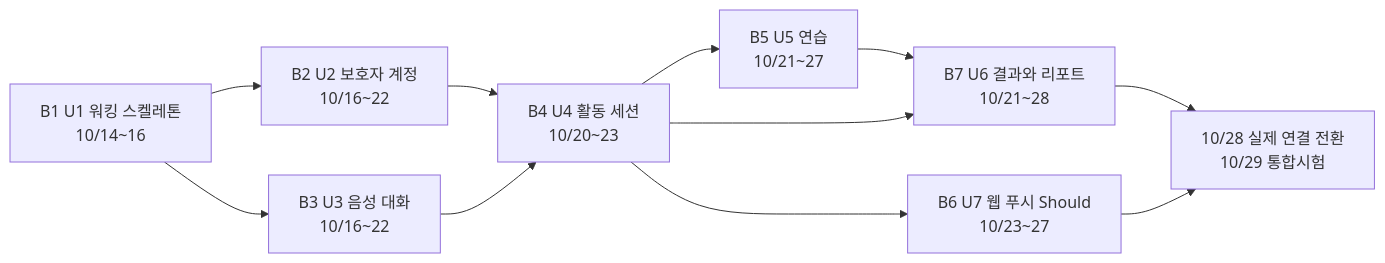
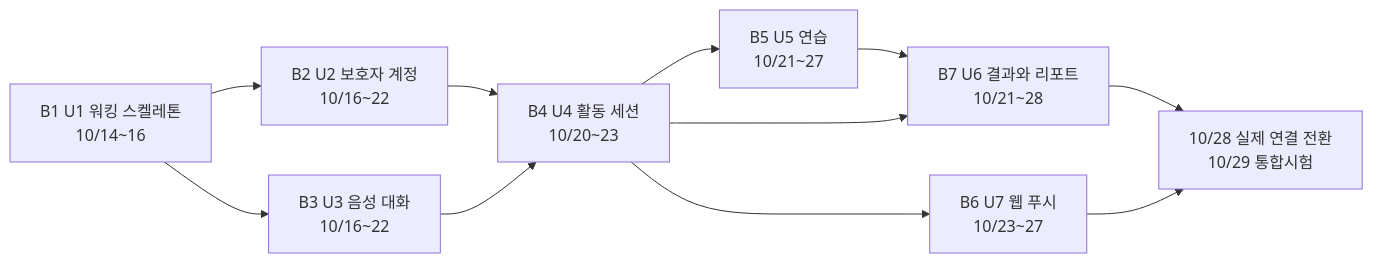
Before and after one commit to team-jomyung/mujungi: the diagram in aidlc/spaces/default/intents/261008-mujoong-service/inception/delivery-planning/bolt-plan.md, drawn with Mermaid. The commit also changed other lines of this file and 19 other files, not shown here.

````diff
--- a/aidlc/spaces/default/intents/261008-mujoong-service/inception/delivery-planning/bolt-plan.md
+++ b/aidlc/spaces/default/intents/261008-mujoong-service/inception/delivery-planning/bolt-plan.md
@@ -26,13 +26,13 @@
 ```mermaid
 flowchart LR
   B1["B1 U1 워킹 스켈레톤<br/>10/14~16"] --> B2["B2 U2 보호자 계정<br/>10/16~22"]
   B1 --> B3["B3 U3 음성 대화<br/>10/16~22"]
   B2 --> B4["B4 U4 활동 세션<br/>10/20~23"]
   B3 --> B4
   B4 --> B5["B5 U5 연습<br/>10/21~27"]
-  B4 --> B6["B6 U7 웹 푸시 Should<br/>10/23~27"]
+  B4 --> B6["B6 U7 웹 푸시<br/>10/23~27"]
   B5 --> B7["B7 U6 결과와 리포트<br/>10/21~28"]
   B4 --> B7
   B7 --> R["10/28 실제 연결 전환<br/>10/29 통합시험"]
   B6 --> R
 ```
````
